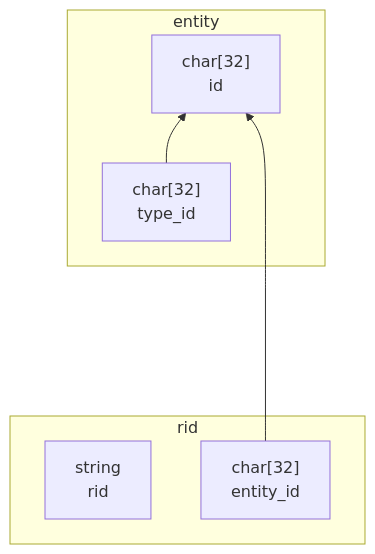
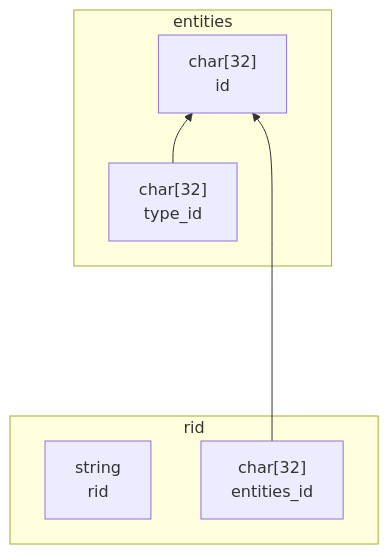
One commit to johnthesmith/scraps changed the first of 2 diagrams in ru/entities.md. Above: the diagram before and after it, drawn with Mermaid. The commit also changed other lines of this file, not shown here.

````diff
--- a/ru/entities.md
+++ b/ru/entities.md
@@ -324,19 +327,19 @@
 ```mermaid
 
 graph BT
 
-    subgraph entity
-        entity_id["char[32] <br> id"]
-        entity_type_id["char[32] <br> type_id"]
+    subgraph entities
+        entities_id["char[32] <br> id"]
+        entities_type_id["char[32] <br> type_id"]
     end
 
     subgraph rid
         rid_value["string <br> rid"]
-        rid_entity_id["char[32] <br> entity_id"]
+        rid_entities_id["char[32] <br> entities_id"]
     end
 
 
-entity_type_id --> entity_id
-rid_entity_id -----> entity_id 
+entities_type_id --> entities_id
+rid_entities_id -----> entities_id 
 
 ```
````
